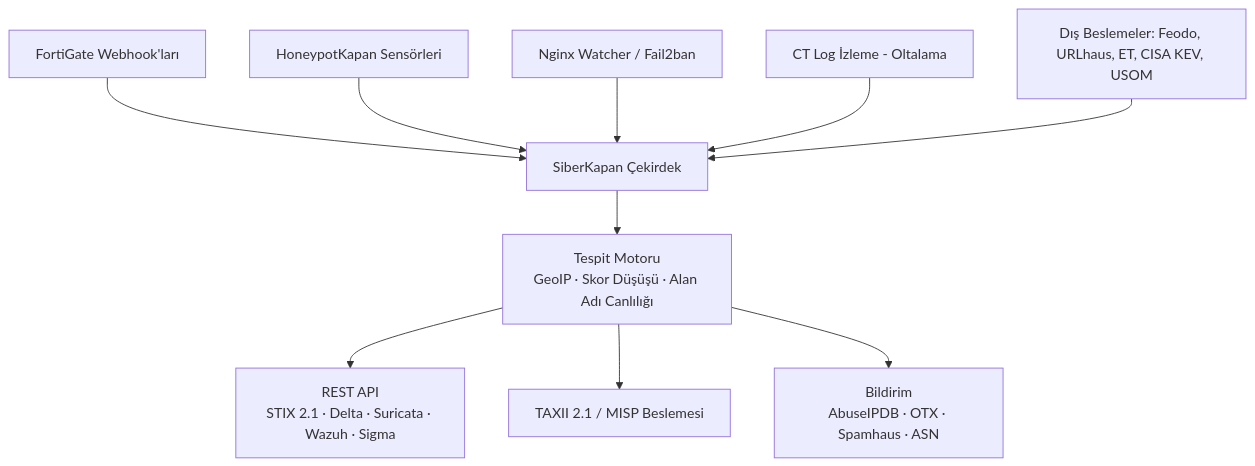
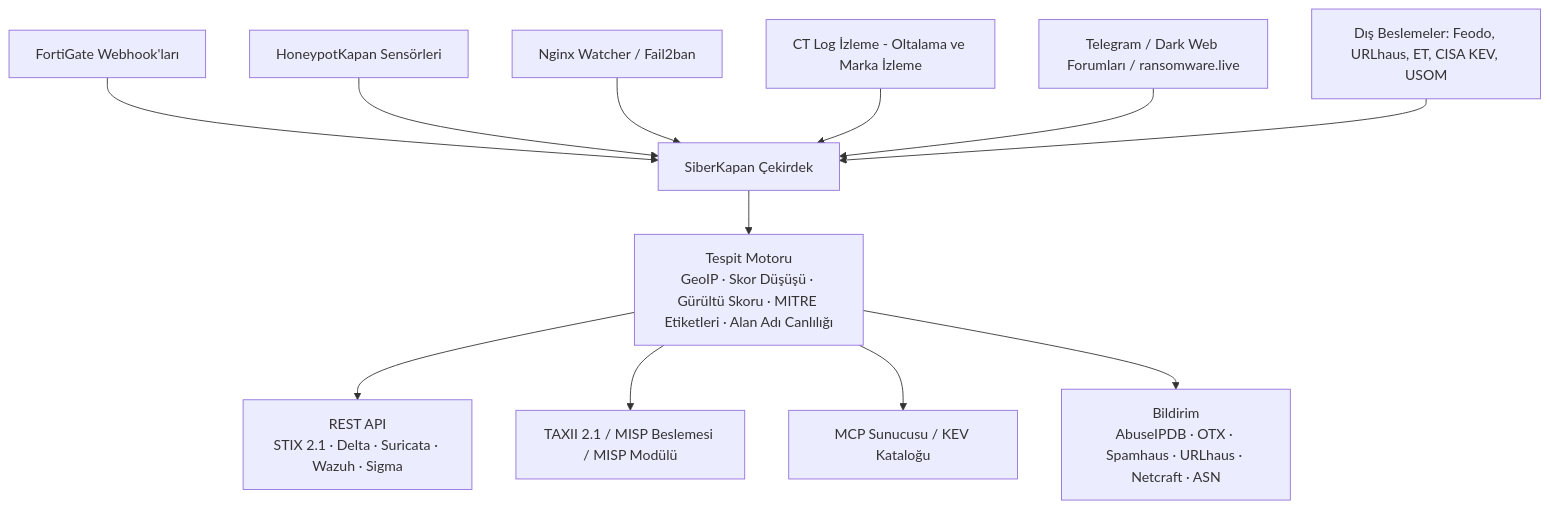
The diagram in README.tr.md (OktayAlver/siberkapan), drawn with Mermaid before and after one commit. The commit also changed other lines of this file, not shown here.

````diff
--- a/README.tr.md
+++ b/README.tr.md
@@ -70,14 +108,16 @@
 ```mermaid
 graph TD
     A[FortiGate Webhook'ları] --> E[SiberKapan Çekirdek]
     B[HoneypotKapan Sensörleri] --> E
     C[Nginx Watcher / Fail2ban] --> E
-    D[CT Log İzleme - Oltalama] --> E
+    D[CT Log İzleme - Oltalama ve Marka İzleme] --> E
+    K[Telegram / Dark Web Forumları / ransomware.live] --> E
     F[Dış Beslemeler: Feodo, URLhaus, ET, CISA KEV, USOM] --> E
 
-    E --> G[Tespit Motoru<br/>GeoIP · Skor Düşüşü · Alan Adı Canlılığı]
+    E --> G[Tespit Motoru<br/>GeoIP · Skor Düşüşü · Gürültü Skoru · MITRE Etiketleri · Alan Adı Canlılığı]
 
     G --> H[REST API<br/>STIX 2.1 · Delta · Suricata · Wazuh · Sigma]
-    G --> I[TAXII 2.1 / MISP Beslemesi]
-    G --> J[Bildirim<br/>AbuseIPDB · OTX · Spamhaus · ASN]
+    G --> I[TAXII 2.1 / MISP Beslemesi / MISP Modülü]
+    G --> L[MCP Sunucusu / KEV Kataloğu]
+    G --> J[Bildirim<br/>AbuseIPDB · OTX · Spamhaus · URLhaus · Netcraft · ASN]
 ```
````
